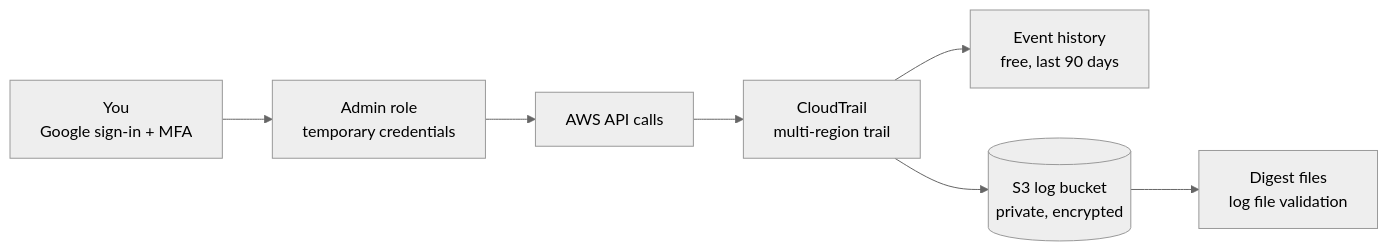
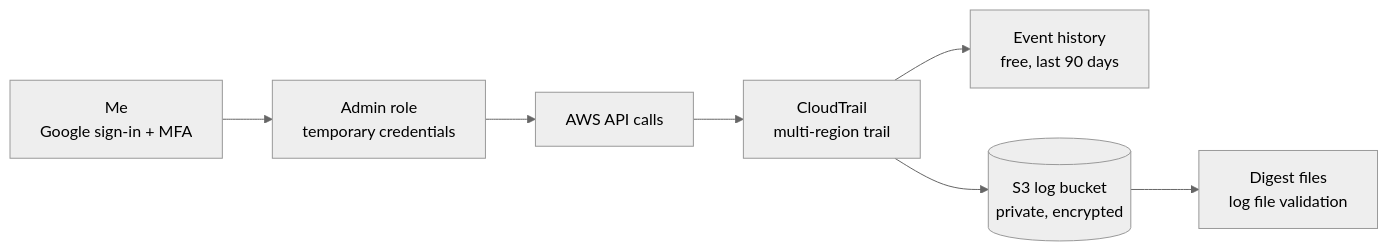
The diagram in README.md (Poovanna-M-D/aws-account-security-starter), drawn with Mermaid (neutral theme) before and after one commit. The commit also changed other lines of this file, not shown here.

````diff
--- a/README.md
+++ b/README.md
@@ -13,9 +13,9 @@
 ```mermaid
 flowchart LR
-    U["You<br/>Google sign-in + MFA"] --> R["Admin role<br/>temporary credentials"]
+    U["Me<br/>Google sign-in + MFA"] --> R["Admin role<br/>temporary credentials"]
     R --> A["AWS API calls"]
     A --> CT["CloudTrail<br/>multi-region trail"]
     CT --> EH["Event history<br/>free, last 90 days"]
     CT --> S3[("S3 log bucket<br/>private, encrypted")]
     S3 --> D["Digest files<br/>log file validation"]
 ```
````
